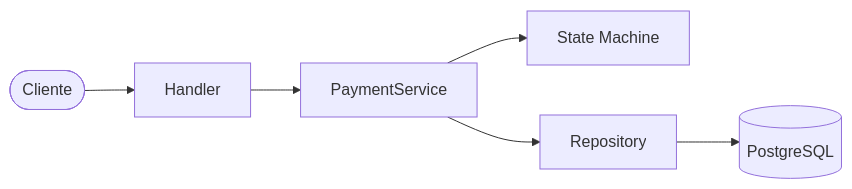
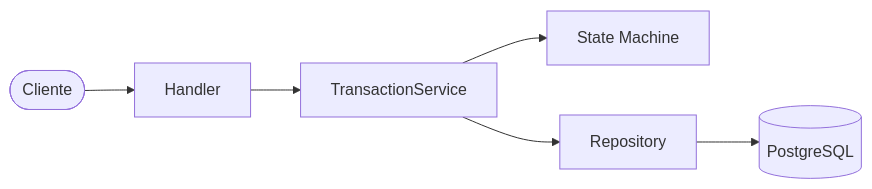
One commit to cauanvital/payment-gateway-simulator changed the first of 2 diagrams in README.md. Above: the diagram before and after it, drawn with Mermaid. The commit also changed other lines of this file and 5 other files, not shown here.

````diff
--- a/README.md
+++ b/README.md
@@ -42,8 +42,8 @@
 ```mermaid
 flowchart LR
     Client([Cliente]) --> Handler
-    Handler --> Service[PaymentService]
+    Handler --> Service[TransactionService]
     Service --> SM[State Machine]
     Service --> Repo[Repository]
     Repo --> DB[(PostgreSQL)]
 ```
````
